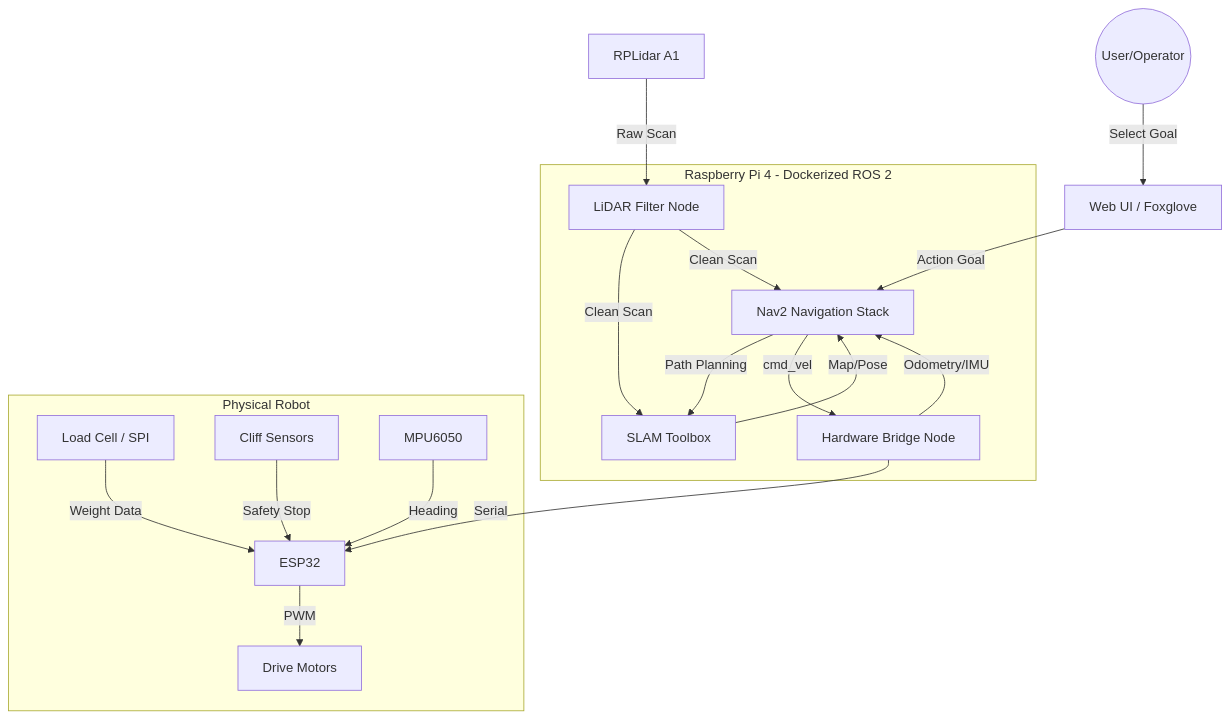
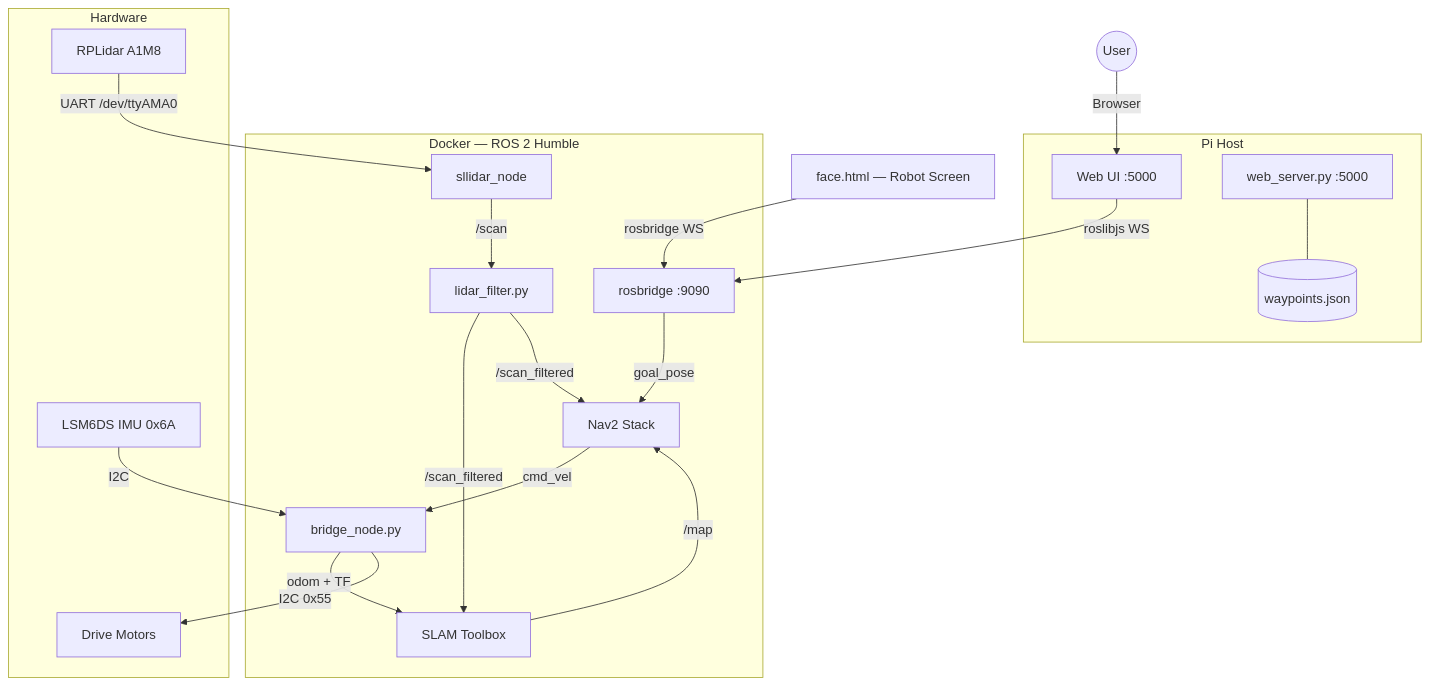
The diagram in README.md (AmineFrioua/walter_bot), drawn with Mermaid before and after one commit. The commit also changed other lines of this file and 17 other files, not shown here.

Commit message:
Add delivery web UI, robot face, keyboard drive, fix Nav2/SLAM

````diff
--- a/README.md
+++ b/README.md
@@ -13,24 +9,30 @@
 ```mermaid
 graph TD
-    User((User/Operator)) -->|Select Goal| UI[Web UI / Foxglove]
-    UI -->|Action Goal| Nav2[Nav2 Navigation Stack]
+    User((User)) -->|Browser| WebUI[Web UI :5000]
+    WebUI -->|roslibjs WS| RosBridge[rosbridge :9090]
 
-    subgraph RPi4 [Raspberry Pi 4 - Dockerized ROS 2]
-        Nav2 -->|Path Planning| SLAM[SLAM Toolbox]
-        SLAM -->|Map/Pose| Nav2
-        Filter[LiDAR Filter Node] -->|Clean Scan| SLAM
-        Filter -->|Clean Scan| Nav2
-        Bridge[Hardware Bridge Node] -->|Odometry/IMU| Nav2
+    subgraph Docker [Docker — ROS 2 Humble]
+        RosBridge -->|goal_pose| Nav2[Nav2 Stack]
+        Nav2 -->|cmd_vel| Bridge[bridge_node.py]
+        Bridge -->|odom + TF| SLAM[SLAM Toolbox]
+        LiDAR[sllidar_node] -->|/scan| Filter[lidar_filter.py]
+        Filter -->|/scan_filtered| SLAM
+        Filter -->|/scan_filtered| Nav2
+        SLAM -->|/map| Nav2
     end
 
-    Lidar[RPLidar A1] -->|Raw Scan| Filter
-    Nav2 -->|cmd_vel| Bridge
-    Bridge -->|Serial| ESP32[ESP32]
+    subgraph Pi Host
+        WebUI
+        Flask[web_server.py :5000]
+        Waypoints[(waypoints.json)]
+        Flask --- Waypoints
+    end
 
-    subgraph Hardware [Physical Robot]
-        ESP32 -->|PWM| Motors[Drive Motors]
-        LoadCell[Load Cell / SPI] -->|Weight Data| ESP32
-        Cliff[Cliff Sensors] -->|Safety Stop| ESP32
-        IMU[MPU6050] -->|Heading| ESP32
+    subgraph Hardware
+        Bridge -->|I2C 0x55| Motors[Drive Motors]
+        IMU[LSM6DS IMU 0x6A] -->|I2C| Bridge
+        RPLidar[RPLidar A1M8] -->|UART /dev/ttyAMA0| LiDAR
     end
+
+    Face[face.html — Robot Screen] -->|rosbridge WS| RosBridge
 ```
````
